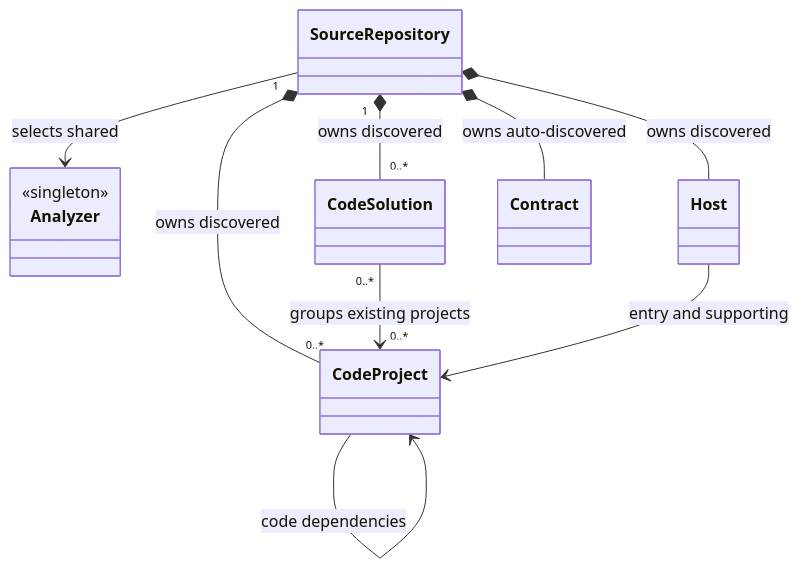
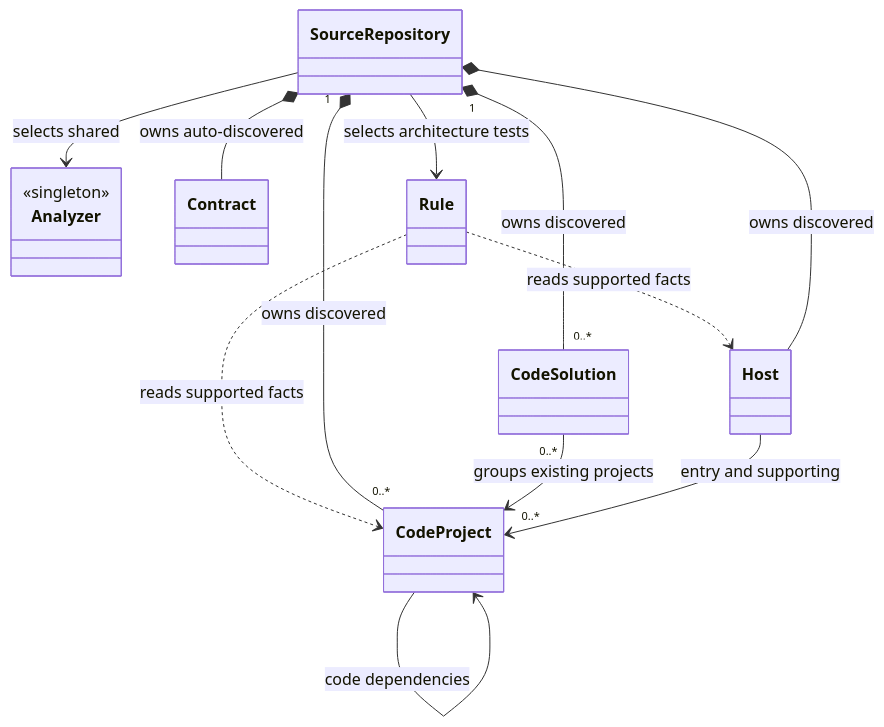
Before and after one commit to RicoSuter/Namotion.Interceptor: the second of 6 diagrams in src/HomeBlaze/HomeBlaze/Data/Files/Docs/ArchDocs/subject-model.md, drawn with Mermaid. The commit also changed other lines of this file and 22 other files, not shown here.

Commit message:
docs: model documented architecture rules and wildcard suites

````diff
--- a/src/HomeBlaze/HomeBlaze/Data/Files/Docs/ArchDocs/subject-model.md
+++ b/src/HomeBlaze/HomeBlaze/Data/Files/Docs/ArchDocs/subject-model.md
@@ -68,20 +69,24 @@
 ```mermaid
 classDiagram
     class SourceRepository
     class Analyzer {
         <<singleton>>
     }
     class CodeSolution
     class CodeProject
     class Host
     class Contract
+    class Rule
 
     SourceRepository --> Analyzer : selects shared
+    SourceRepository --> Rule : selects architecture tests
+    Rule ..> CodeProject : reads supported facts
+    Rule ..> Host : reads supported facts
     SourceRepository "1" *-- "0..*" CodeSolution : owns discovered
     SourceRepository "1" *-- "0..*" CodeProject : owns discovered
     SourceRepository *-- Host : owns discovered
     SourceRepository *-- Contract : owns auto-discovered
     CodeSolution "0..*" --> "0..*" CodeProject : groups existing projects
     CodeProject --> CodeProject : code dependencies
     Host --> CodeProject : entry and supporting
 ```
````
